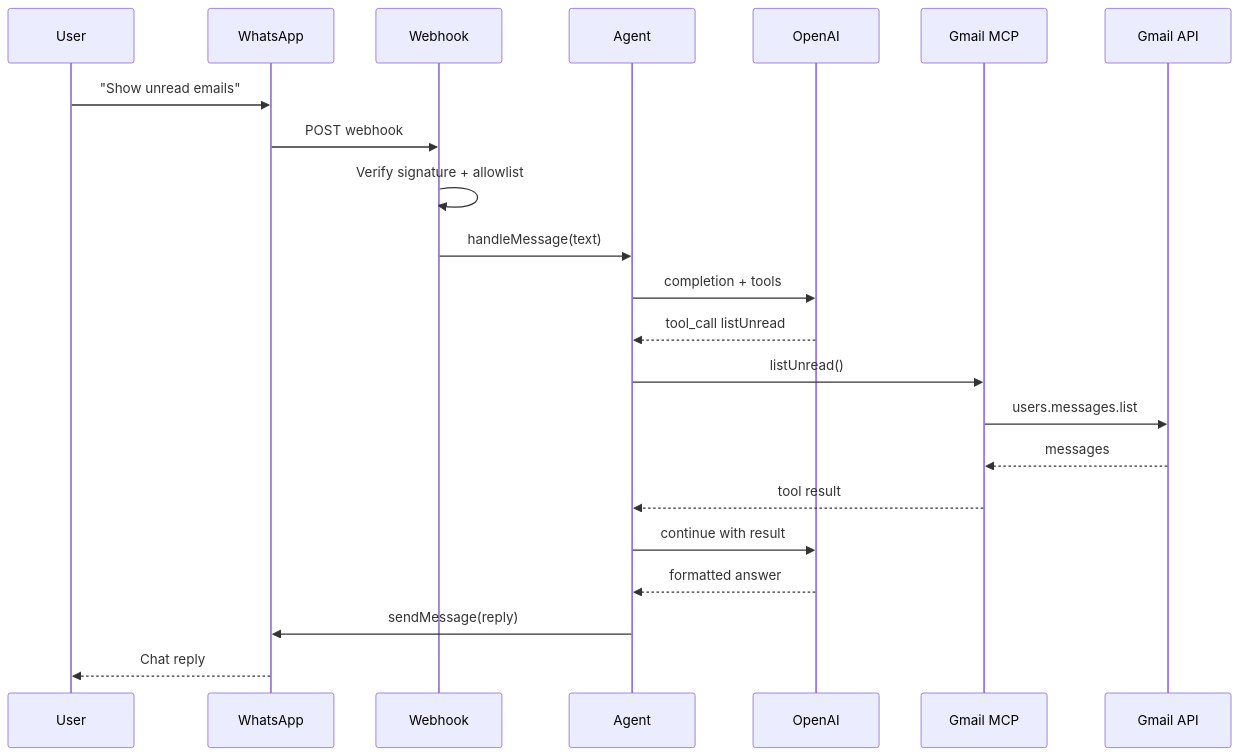
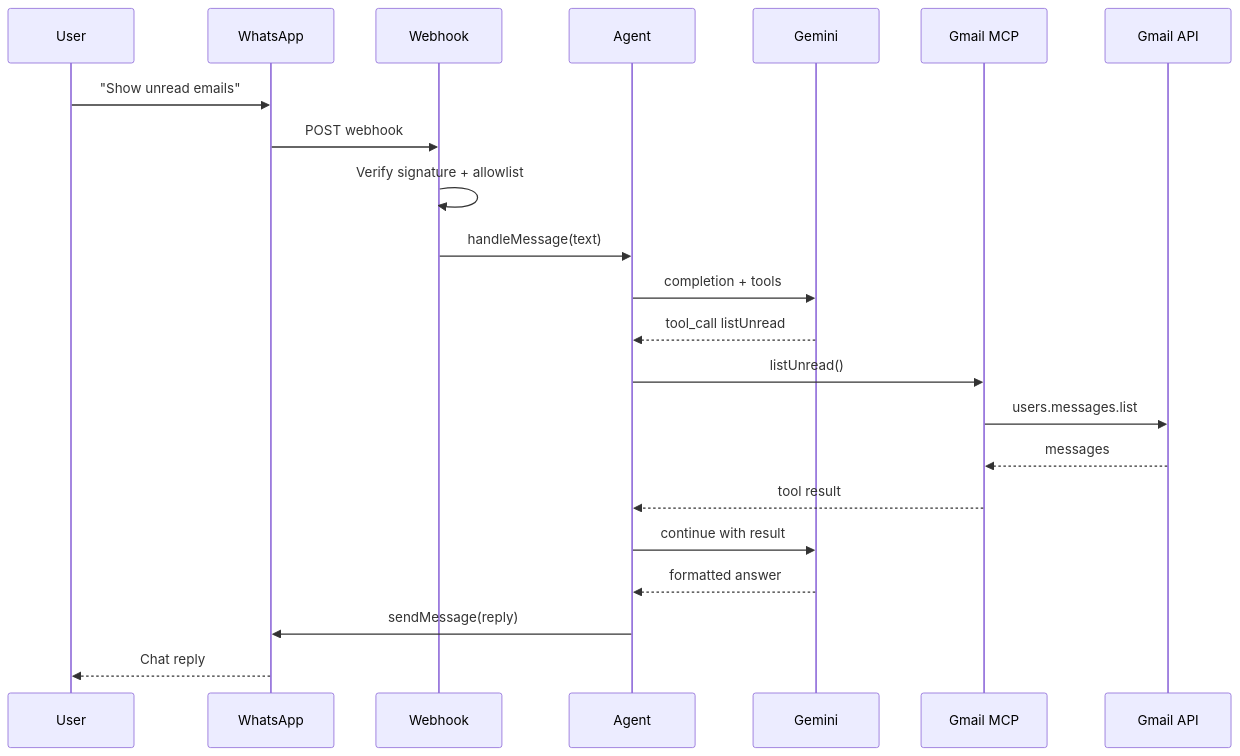
One commit to harshdhobe/Personal_MCP_AI_Agent changed the third of 5 diagrams in Docs/architecture.md. Above: the diagram before and after it, drawn with Mermaid. The commit also changed other lines of this file and 8 other files, not shown here.

````diff
--- a/Docs/architecture.md
+++ b/Docs/architecture.md
@@ -216,25 +218,25 @@
 ```mermaid
 sequenceDiagram
     participant U as User
     participant WA as WhatsApp
     participant WH as Webhook
     participant AG as Agent
-    participant OAI as OpenAI
+    participant OAI as Gemini
     participant MCP as Gmail MCP
     participant GM as Gmail API
 
     U->>WA: "Show unread emails"
     WA->>WH: POST webhook
     WH->>WH: Verify signature + allowlist
     WH->>AG: handleMessage(text)
     AG->>OAI: completion + tools
     OAI-->>AG: tool_call listUnread
     AG->>MCP: listUnread()
     MCP->>GM: users.messages.list
     GM-->>MCP: messages
     MCP-->>AG: tool result
     AG->>OAI: continue with result
     OAI-->>AG: formatted answer
     AG->>WA: sendMessage(reply)
     WA-->>U: Chat reply
 ```
````
